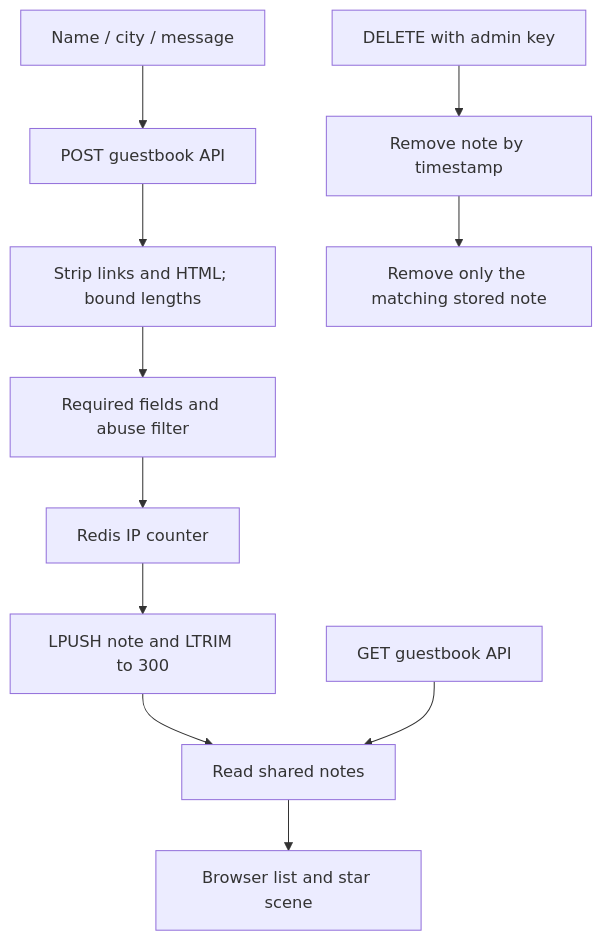
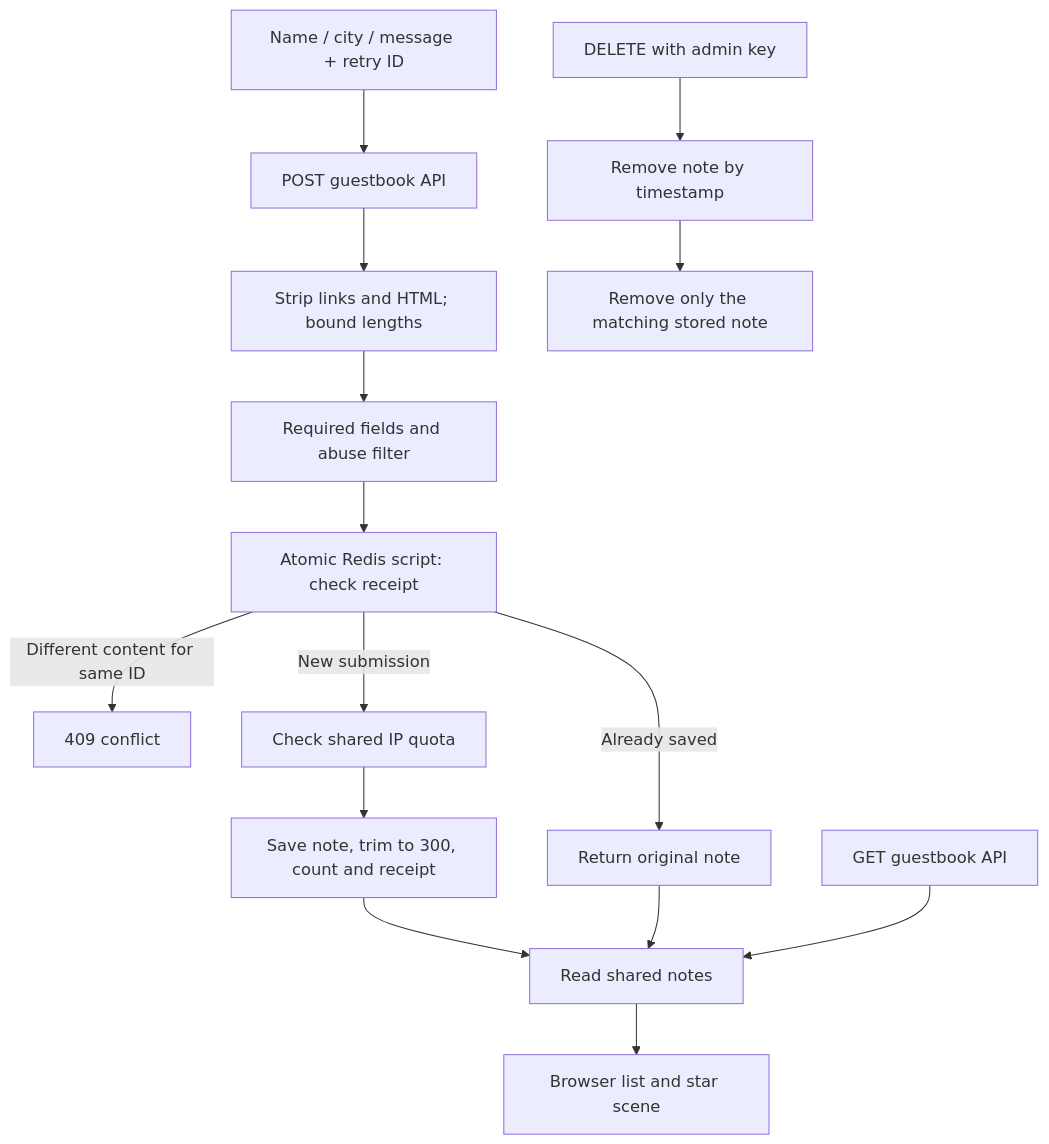
One commit to akabonge/alo_rag2 changed the fifth of 6 diagrams in docs/ARCHITECTURE.md. Above: the diagram before and after it, drawn with Mermaid. The commit also changed other lines of this file and 21 other files, not shown here.

````diff
--- a/docs/ARCHITECTURE.md
+++ b/docs/ARCHITECTURE.md
@@ -130,13 +130,17 @@
 ```mermaid
 flowchart TD
-    Form[Name / city / message] --> API[POST guestbook API]
+    Form[Name / city / message + retry ID] --> API[POST guestbook API]
     API --> Clean[Strip links and HTML; bound lengths]
     Clean --> Check[Required fields and abuse filter]
-    Check --> Limit[Redis IP counter]
-    Limit --> Store[LPUSH note and LTRIM to 300]
+    Check --> Receipt[Atomic Redis script: check receipt]
+    Receipt -->|Already saved| Original[Return original note]
+    Receipt -->|Different content for same ID| Conflict[409 conflict]
+    Receipt -->|New submission| Limit[Check shared IP quota]
+    Limit --> Store[Save note, trim to 300, count and receipt]
     Store --> List[Read shared notes]
+    Original --> List
     List --> Stars[Browser list and star scene]
     Read[GET guestbook API] --> List
     Admin[DELETE with admin key] --> Remove[Remove note by timestamp]
     Remove --> StoreList[Remove only the matching stored note]
 ```
````
